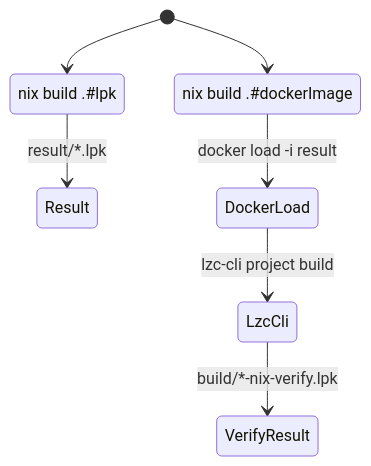
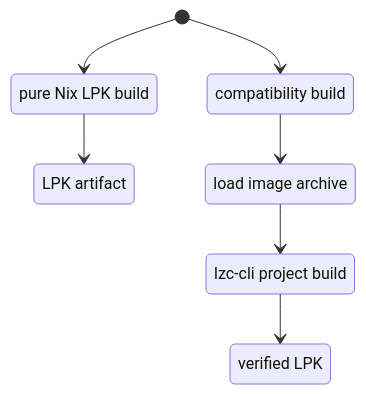
Before and after one commit to zerokaze420/zerokaze_blog_sveltekit: the sixth of 8 diagrams in src/lib/posts/nix-remote-build.md, drawn with Mermaid. The commit also changed other lines of this file and 2 other files, not shown here.

Commit message:
Add post table of contents and fix Mermaid rendering

````diff
--- a/src/lib/posts/nix-remote-build.md
+++ b/src/lib/posts/nix-remote-build.md
@@ -257,12 +257,16 @@
 ```mermaid
 stateDiagram-v2
   [*] --> PureNix
-  PureNix: nix build .#lpk
-  PureNix --> Result: result/*.lpk
+  PureNix: pure Nix LPK build
+  PureNix --> Result
+  Result: LPK artifact
 
   [*] --> Verify
-  Verify: nix build .#dockerImage
-  Verify --> DockerLoad: docker load -i result
-  DockerLoad --> LzcCli: lzc-cli project build
-  LzcCli --> VerifyResult: build/*-nix-verify.lpk
+  Verify: compatibility build
+  Verify --> DockerLoad
+  DockerLoad: load image archive
+  DockerLoad --> LzcCli
+  LzcCli: lzc-cli project build
+  LzcCli --> VerifyResult
+  VerifyResult: verified LPK
 ```
````
